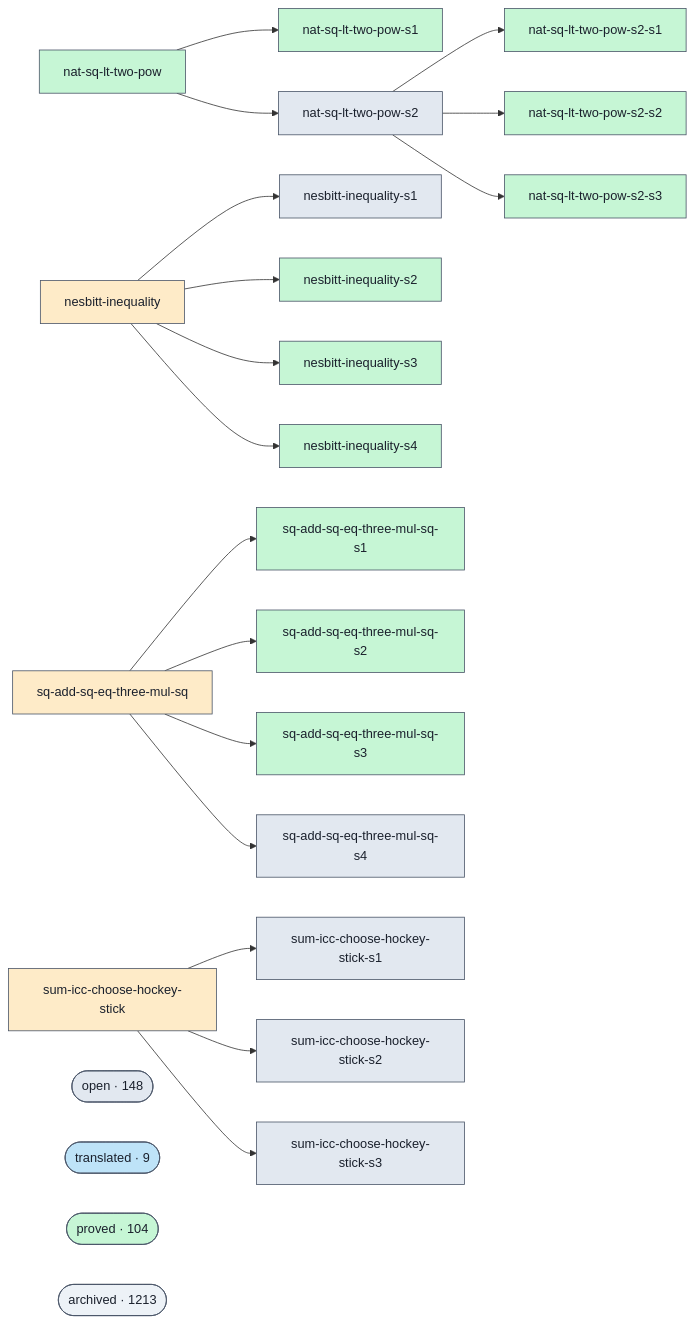
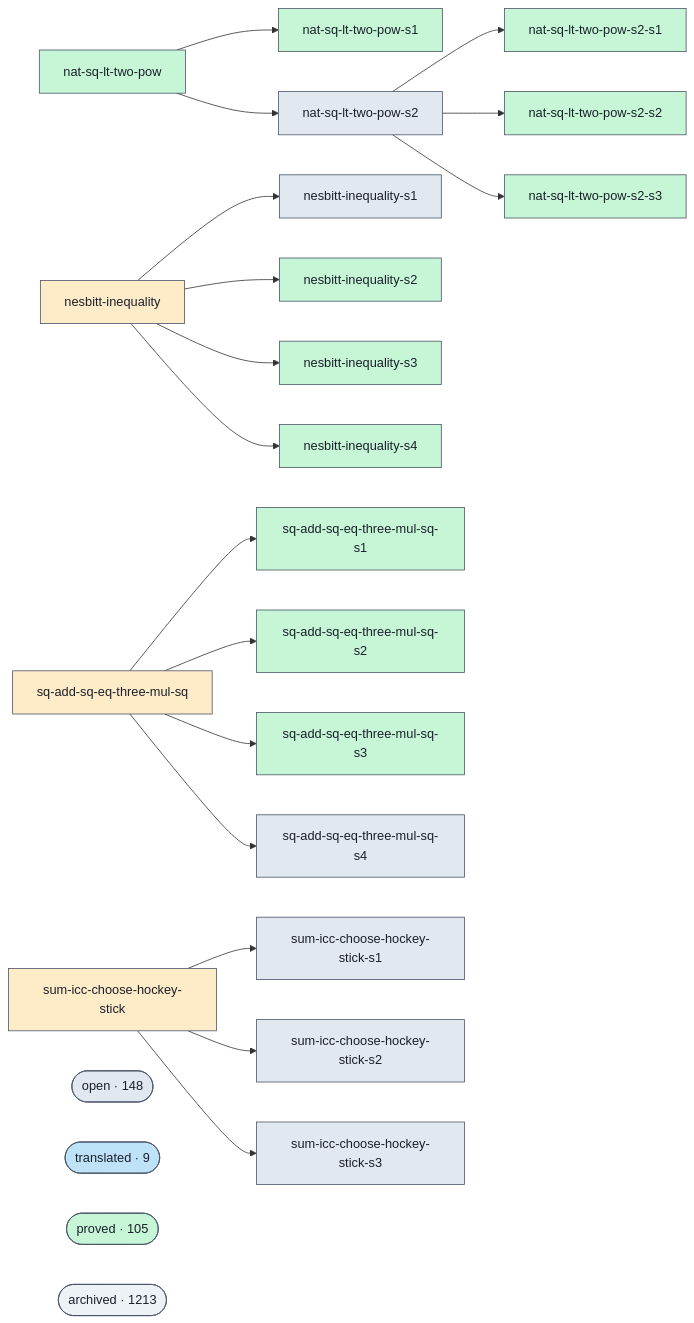
Before and after one commit to ohdearquant/unsorry: the diagram in docs/proofs-contributors-visualisation.md, drawn with Mermaid. The commit also changed other lines of this file and 2 other files, not shown here.

```diff
--- a/docs/proofs-contributors-visualisation.md
+++ b/docs/proofs-contributors-visualisation.md
@@ -102,7 +102,7 @@
   class cluster_open open;
   cluster_translated(["translated · 9"])
   class cluster_translated translated;
-  cluster_proved(["proved · 104"])
+  cluster_proved(["proved · 105"])
   class cluster_proved proved;
   cluster_archived(["archived · 1213"])
   class cluster_archived unknown;
```
